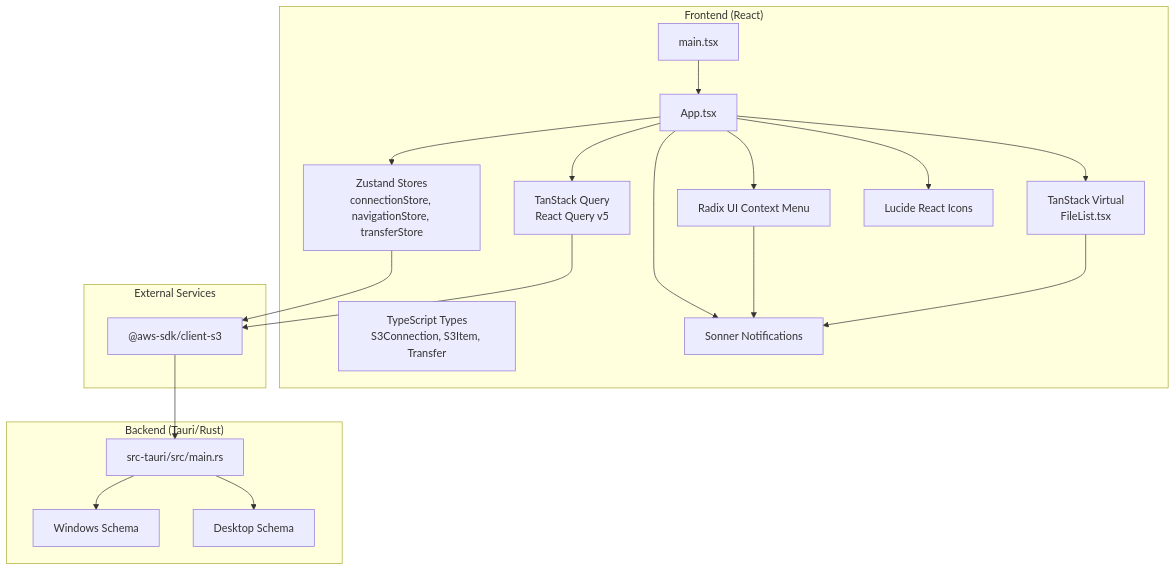
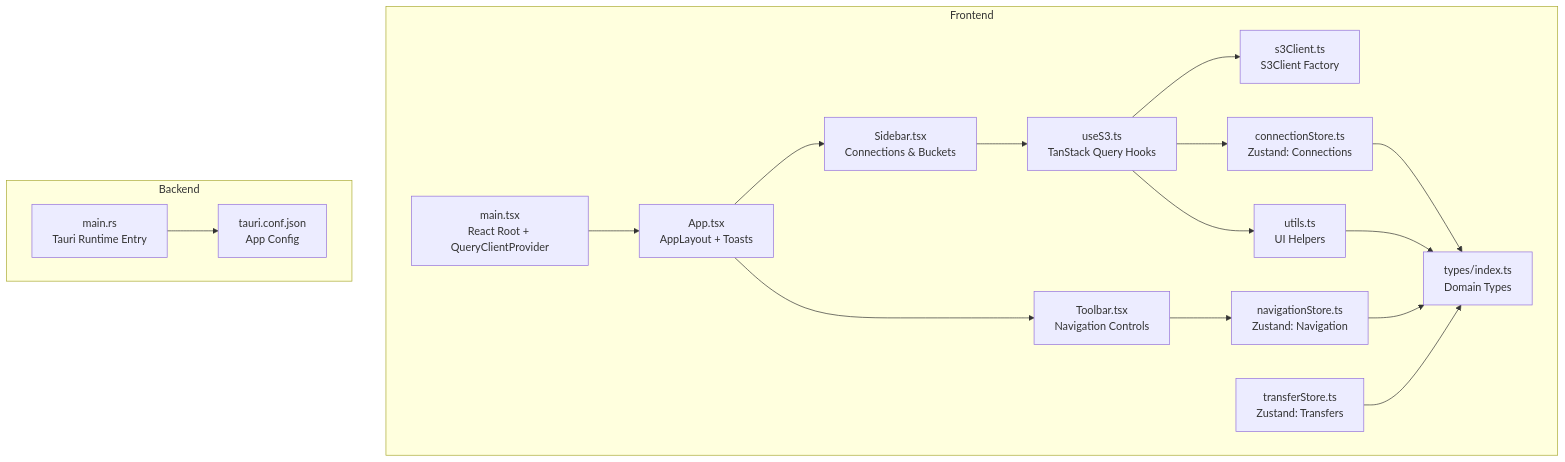
Before and after one commit to nasrulhadi/s3-explorer: the first of 7 diagrams in .qoder/repowiki/en/content/Core Features/Core Features.md, drawn with Mermaid. The commit also changed other lines of this file and 46 other files, not shown here.

Commit message:
Context menu (right-click), modal/popup add connections, regenerate wiki

````diff
--- a/.qoder/repowiki/en/content/Core Features/Core Features.md
+++ b/.qoder/repowiki/en/content/Core Features/Core Features.md
@@ -45,36 +37,33 @@
 ```mermaid
 graph TB
-subgraph "Frontend (React)"
-APP["App.tsx"]
-MAIN["main.tsx"]
-TYPES["TypeScript Types<br/>S3Connection, S3Item, Transfer"]
-STATE["Zustand Stores<br/>connectionStore, navigationStore, transferStore"]
-QUERIES["TanStack Query<br/>React Query v5"]
-CMENU["Radix UI Context Menu"]
-VLIST["TanStack Virtual<br/>FileList.tsx"]
-ICONS["Lucide React Icons"]
-TOAST["Sonner Notifications"]
+subgraph "Frontend"
+A["main.tsx<br/>React Root + QueryClientProvider"]
+B["App.tsx<br/>AppLayout + Toasts"]
+C["Sidebar.tsx<br/>Connections & Buckets"]
+D["Toolbar.tsx<br/>Navigation Controls"]
+E["useS3.ts<br/>TanStack Query Hooks"]
+F["s3Client.ts<br/>S3Client Factory"]
+G["connectionStore.ts<br/>Zustand: Connections"]
+H["navigationStore.ts<br/>Zustand: Navigation"]
+I["transferStore.ts<br/>Zustand: Transfers"]
+J["utils.ts<br/>UI Helpers"]
+K["types/index.ts<br/>Domain Types"]
 end
-subgraph "Backend (Tauri/Rust)"
-TMAIN["src-tauri/src/main.rs"]
-SCHEMA_WIN["Windows Schema"]
-SCHEMA_DESKTOP["Desktop Schema"]
+subgraph "Backend"
+L["main.rs<br/>Tauri Runtime Entry"]
+M["tauri.conf.json<br/>App Config"]
 end
-subgraph "External Services"
-AWS["@aws-sdk/client-s3"]
-end
-APP --> STATE
-APP --> QUERIES
-APP --> CMENU
-APP --> VLIST
-APP --> ICONS
-APP --> TOAST
-MAIN --> APP
-STATE --> AWS
-QUERIES --> AWS
-CMENU --> TOAST
-VLIST --> TOAST
-TMAIN --> SCHEMA_WIN
-TMAIN --> SCHEMA_DESKTOP
-AWS --> TMAIN
+A --> B
+B --> C
+B --> D
+C --> E
+D --> H
+E --> F
+E --> G
+E --> J
+G --> K
+H --> K
+I --> K
+J --> K
+L --> M
 ```
````
